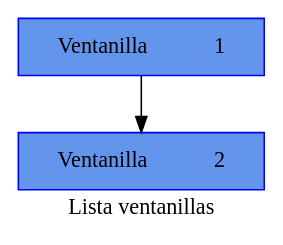
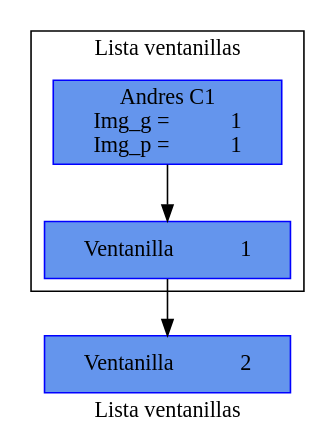
The diagram in lista_ventanillas.dot (KINGR0X/EDD_PROYECTO_202044192), drawn with Graphviz before and after one commit. The commit also changed 31 other files, not shown here.

```diff
--- a/lista_ventanillas.dot
+++ b/lista_ventanillas.dot
@@ -1,7 +1,11 @@
  digraph lista_ventanillas {
  label= "Lista ventanillas";
      node [shape=box, style=filled, color=blue, fillcolor=cornflowerblue];
      "Node           1 " [label="Ventanilla            1 "];
+ subgraph cluster_cAndresC1                                                                                            {
+     "Node_c           1 " [label="Andres C1\n Img_g =           1 \n Img_p =           1 "];
+     "Node_c           1 " -> "Node           1 ";
+ }
      "Node           1 " -> "Node           2 ";
      "Node           2 " [label="Ventanilla            2 "];
  }
```
